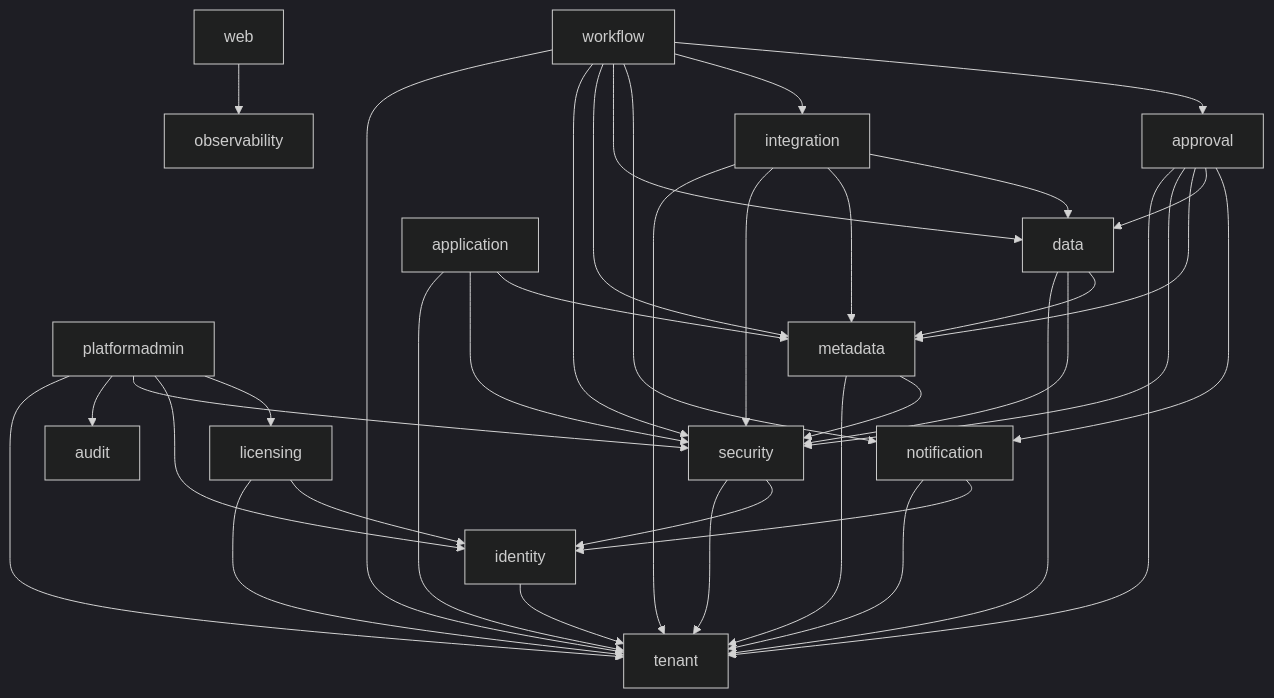
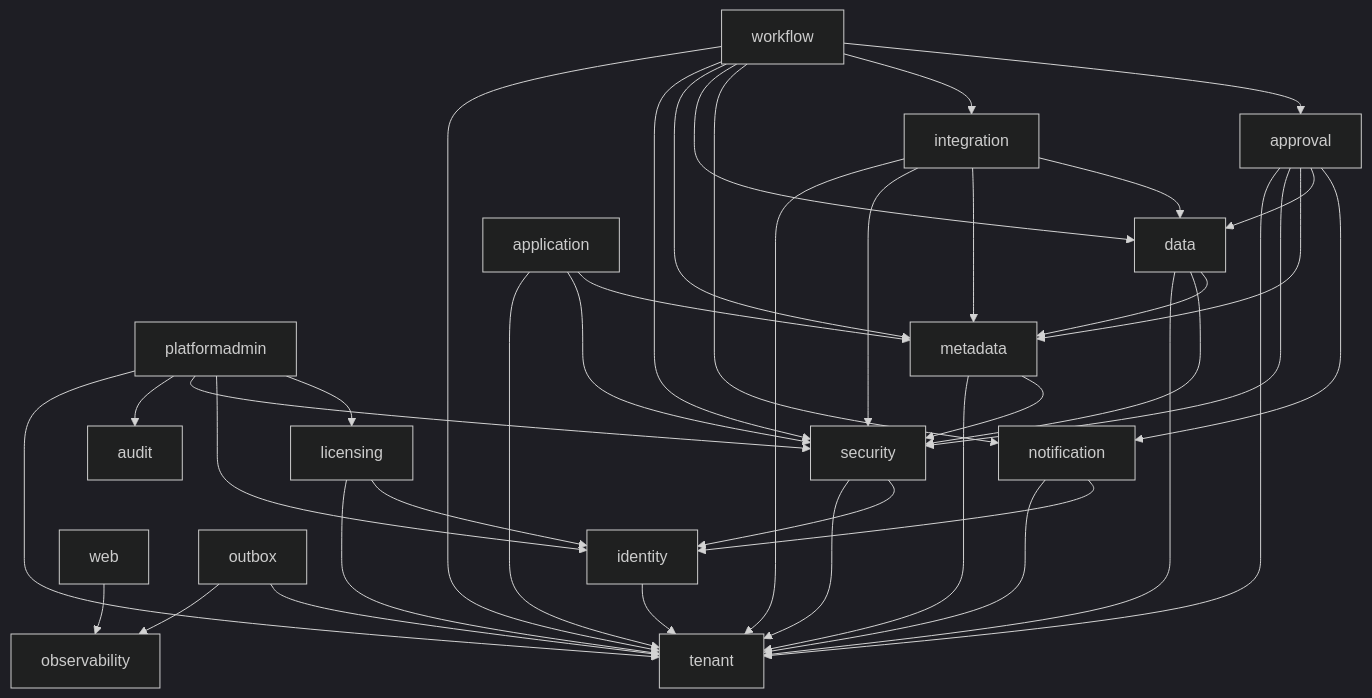
Before and after one commit to JKCloudbridge/SaaSJAVA: the diagram in docs/modules.md, drawn with Mermaid (dark theme). The commit also changed other lines of this file and 107 other files, not shown here.

````diff
--- a/docs/modules.md
+++ b/docs/modules.md
@@ -29,15 +30,16 @@
 ```mermaid
 graph TD
   platformadmin --> licensing & identity & security & audit & tenant
   workflow --> approval & integration & notification & data & metadata & security & tenant
   approval --> notification & data & metadata & security & tenant
   integration --> data & metadata & security & tenant
   data --> metadata & security & tenant
   application --> metadata & security & tenant
   metadata --> security & tenant
   security --> identity & tenant
   licensing --> identity & tenant
   notification --> identity & tenant
   identity --> tenant
   web --> observability
+  outbox --> tenant & observability
 ```
````
